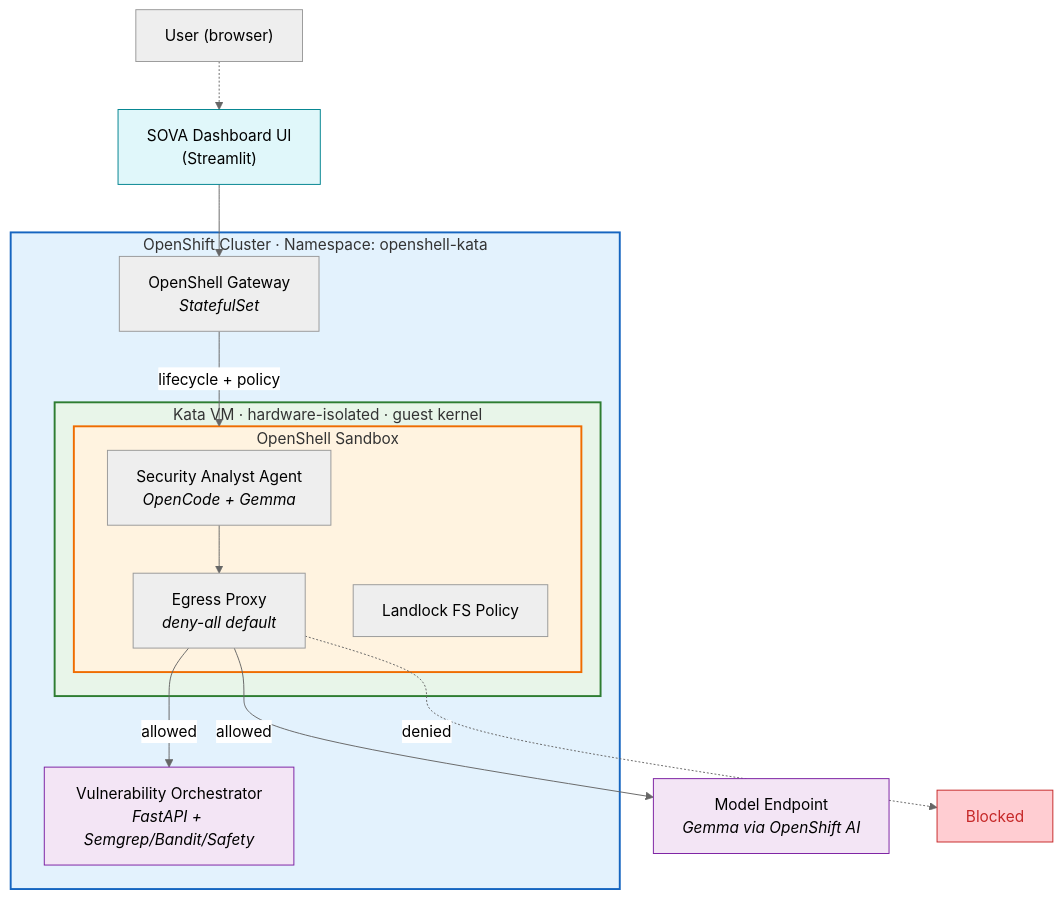
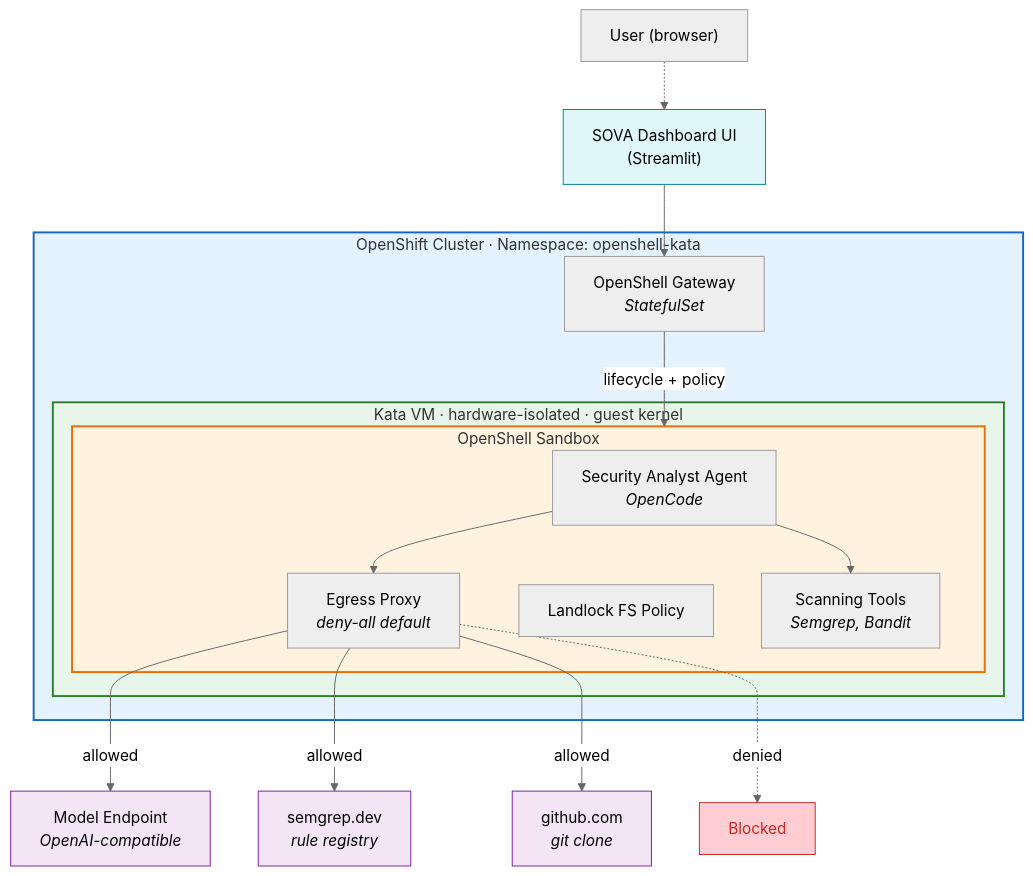
One commit to gskumar1010/sova changed the diagram in README.md. Above: the diagram before and after it, drawn with Mermaid (neutral theme). The commit also changed other lines of this file and 2 other files, not shown here.

````diff
--- a/README.md
+++ b/README.md
@@ -69,37 +77,42 @@
 ```mermaid
 graph TB
     user["User (browser)"]
     vulnui["SOVA Dashboard UI<br/>(Streamlit)"]
 
     subgraph cluster["OpenShift Cluster · Namespace: openshell-kata"]
         gw["OpenShell Gateway<br/><i>StatefulSet</i>"]
-        vulnapi["Vulnerability Orchestrator<br/><i>FastAPI + Semgrep/Bandit/Safety</i>"]
 
         subgraph kata_vm["Kata VM · hardware-isolated · guest kernel"]
             subgraph sandbox["OpenShell Sandbox"]
-                agent["Security Analyst Agent<br/><i>OpenCode + Gemma</i>"]
+                agent["Security Analyst Agent<br/><i>OpenCode</i>"]
                 proxy["Egress Proxy<br/><i>deny-all default</i>"]
                 landlock["Landlock FS Policy"]
+                tools["Scanning Tools<br/><i>Semgrep, Bandit</i>"]
             end
         end
     end
 
-    model["Model Endpoint<br/><i>Gemma via OpenShift AI</i>"]
+    model["Model Endpoint<br/><i>OpenAI-compatible</i>"]
     blocked["Blocked"]
+    semgrep_registry["semgrep.dev<br/><i>rule registry</i>"]
+    github["github.com<br/><i>git clone</i>"]
 
     user -.-> vulnui
     vulnui --> gw
     gw -- "lifecycle + policy" --> sandbox
+    agent --> tools
     agent --> proxy
     proxy -- "allowed" --> model
-    proxy -- "allowed" --> vulnapi
+    proxy -- "allowed" --> semgrep_registry
+    proxy -- "allowed" --> github
     proxy -. "denied" .-> blocked
 
     style kata_vm fill:#e8f5e9,stroke:#2e7d32,stroke-width:2px
     style sandbox fill:#fff3e0,stroke:#ef6c00,stroke-width:2px
     style cluster fill:#e3f2fd,stroke:#1565c0,stroke-width:2px
     style blocked fill:#ffcdd2,stroke:#c62828,color:#c62828
     style model fill:#f3e5f5,stroke:#7b1fa2
     style vulnui fill:#e0f7fa,stroke:#00838f
-    style vulnapi fill:#f3e5f5,stroke:#7b1fa2
+    style semgrep_registry fill:#f3e5f5,stroke:#7b1fa2
+    style github fill:#f3e5f5,stroke:#7b1fa2
 ```
````
